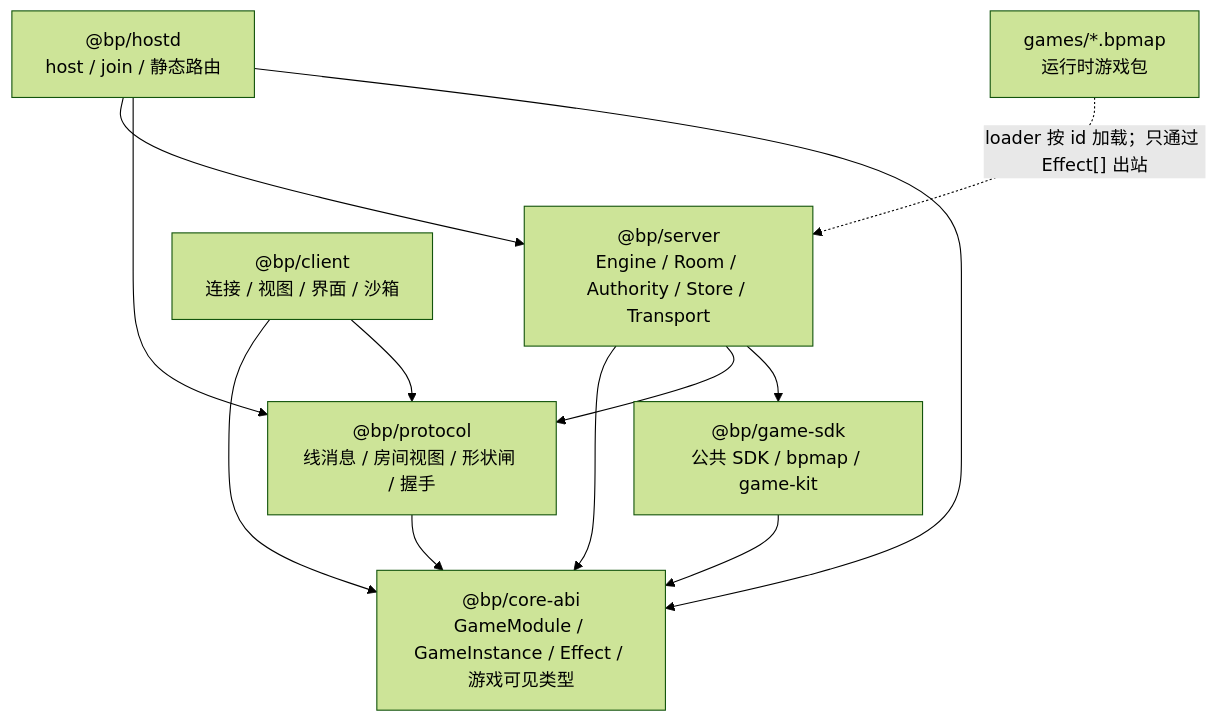
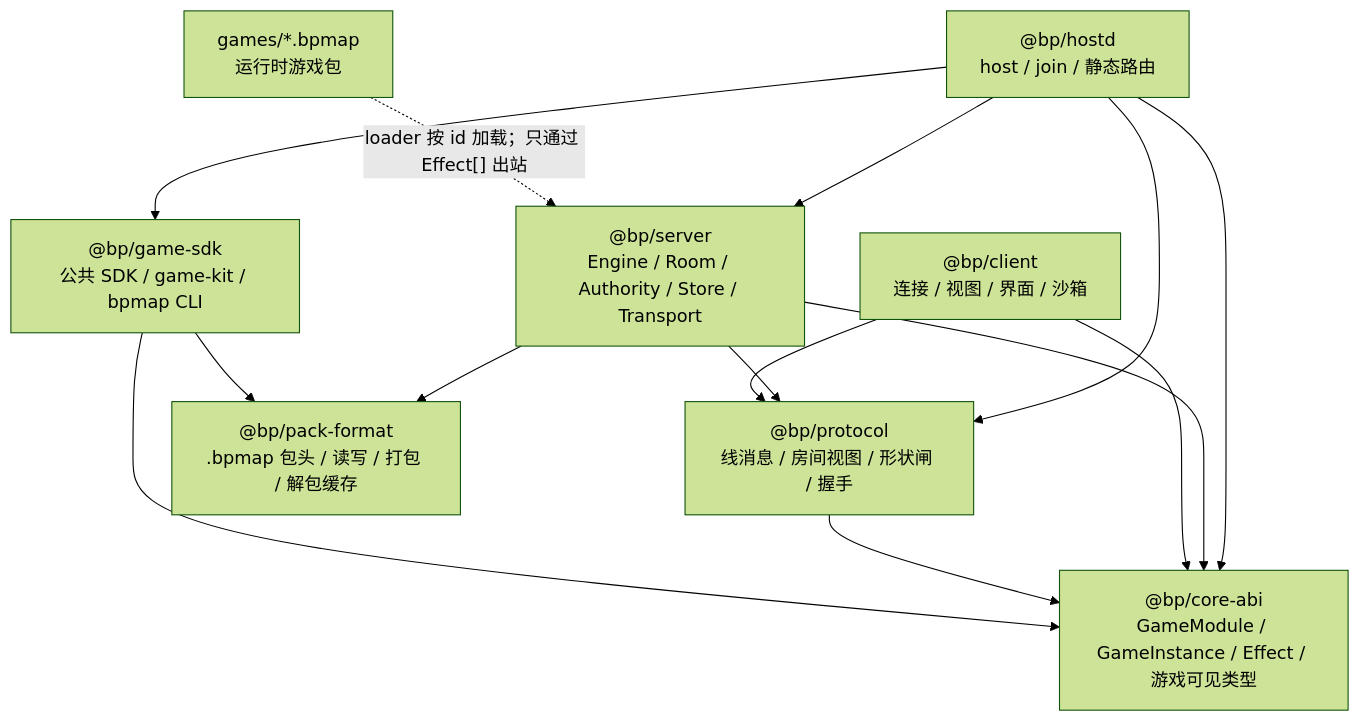
One commit to Lizardon386/3178-battle-platform changed the sixth of 6 diagrams in DESIGN.md. Above: the diagram before and after it, drawn with Mermaid (forest theme). The commit also changed other lines of this file and 21 other files, not shown here.

First line of the commit message:
refactor: 拆出 @bp/pack-format

````diff
--- a/DESIGN.md
+++ b/DESIGN.md
@@ -186,21 +187,24 @@
 ```mermaid
 flowchart TD
   A["@bp/core-abi<br/>GameModule / GameInstance / Effect / 游戏可见类型"]
   P["@bp/protocol<br/>线消息 / 房间视图 / 形状闸 / 握手"]
-  K["@bp/game-sdk<br/>公共 SDK / bpmap / game-kit"]
+  F["@bp/pack-format<br/>.bpmap 包头 / 读写 / 打包 / 解包缓存"]
+  K["@bp/game-sdk<br/>公共 SDK / game-kit / bpmap CLI"]
   S["@bp/server<br/>Engine / Room / Authority / Store / Transport"]
   C["@bp/client<br/>连接 / 视图 / 界面 / 沙箱"]
   H["@bp/hostd<br/>host / join / 静态路由"]
   G["games/*.bpmap<br/>运行时游戏包"]
   H --> S
   H --> P
   H --> A
+  H --> K
   S --> A
   S --> P
-  S --> K
+  S --> F
   C --> A
   C --> P
   P --> A
   K --> A
+  K --> F
   G -. "loader 按 id 加载；只通过 Effect[] 出站" .-> S
 ```
````
